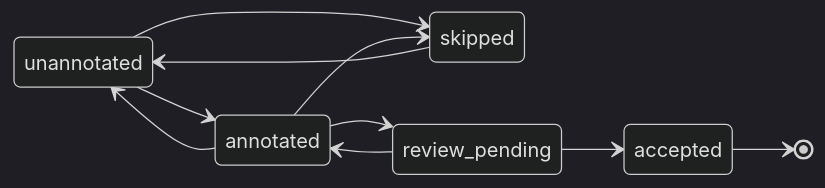
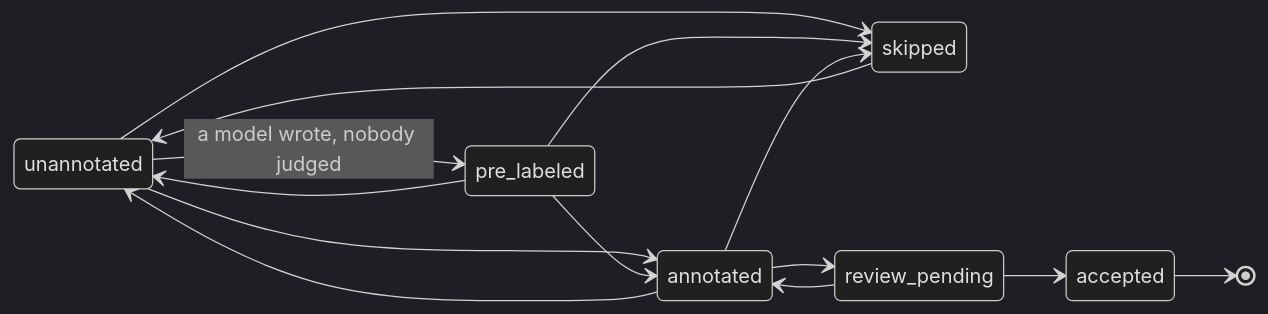
One commit to Robomous/VisionSet changed the third of 3 diagrams in docs/content/architecture/cross-cutting.md. Above: the diagram before and after it, drawn with Mermaid (dark theme). The commit also changed other lines of this file and 41 other files, not shown here.

````diff
--- a/docs/content/architecture/cross-cutting.md
+++ b/docs/content/architecture/cross-cutting.md
@@ -97,13 +97,17 @@
 ```mermaid
 stateDiagram-v2
     direction LR
+    unannotated --> pre_labeled: a model wrote, nobody judged
     unannotated --> annotated
     unannotated --> skipped
+    pre_labeled --> annotated
+    pre_labeled --> unannotated
+    pre_labeled --> skipped
     annotated --> review_pending
     annotated --> skipped
     annotated --> unannotated
     skipped --> unannotated
     review_pending --> accepted
     review_pending --> annotated
     accepted --> [*]
 ```
````
